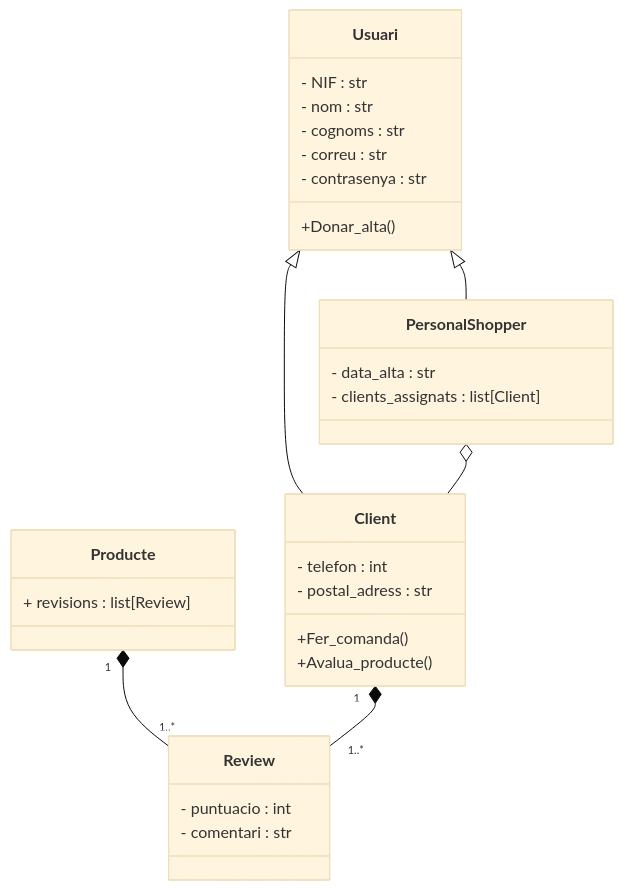
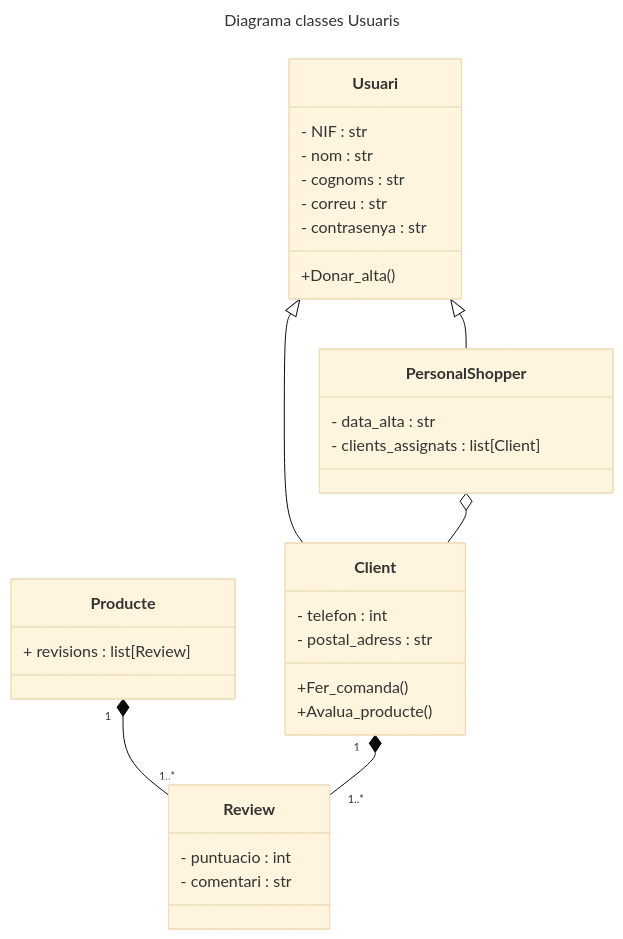
Before and after one commit to NIU1638962/EP_Projecte: the diagram in Exercici 9/Diagrama_classes_usuaris.mmd, drawn with Mermaid (base theme).

```diff
--- a/Exercici 9/Diagrama_classes_usuaris.mmd
+++ b/Exercici 9/Diagrama_classes_usuaris.mmd
@@ -1,38 +1,38 @@
 ---
-Title: Diagrama classes Usuaris
+title: Diagrama classes Usuaris
 ---
 
 classDiagram
     class Usuari {
         - NIF : str
         - nom : str
         - cognoms : str
         - correu : str
         - contrasenya : str
     }
     class Client{
         - telefon : int
         - postal_adress : str
     }
     class PersonalShopper{
         - data_alta : str
         - clients_assignats : list[Client]
     }
     class Review{
         - puntuacio : int
         - comentari : str
     }
     %%Canvis de la classe Producte de l'exercici anterior: se li ha afegit l'atribut "revisions"
     class Producte{
         + revisions : list[Review]
     }
     
     Usuari <|-- PersonalShopper
     Usuari <|-- Client
     PersonalShopper o-- Client  
     Producte "1" *-- "1..*"Review
     Client "1" *-- "1..*"Review
     
     Usuari: +Donar_alta()
     Client: +Fer_comanda()
     Client: +Avalua_producte()
```
